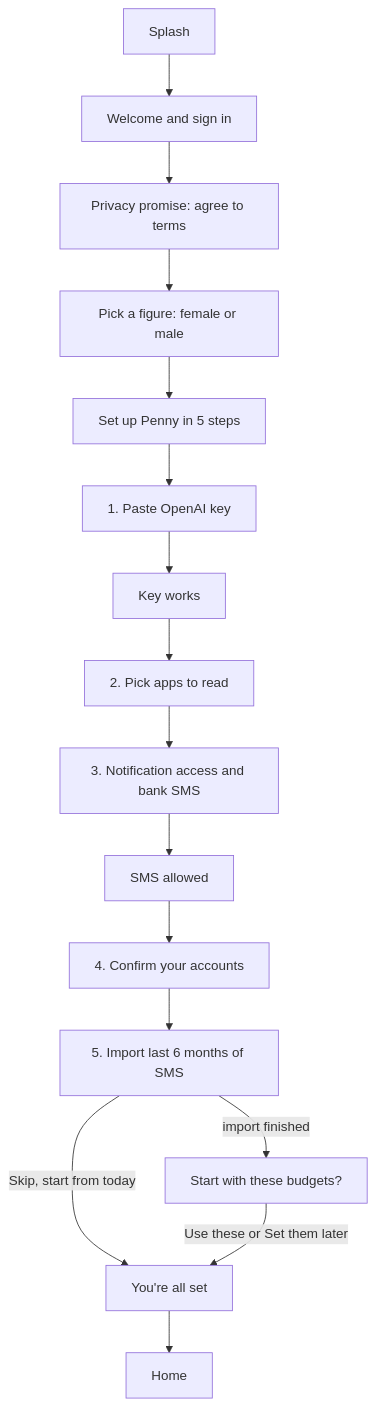
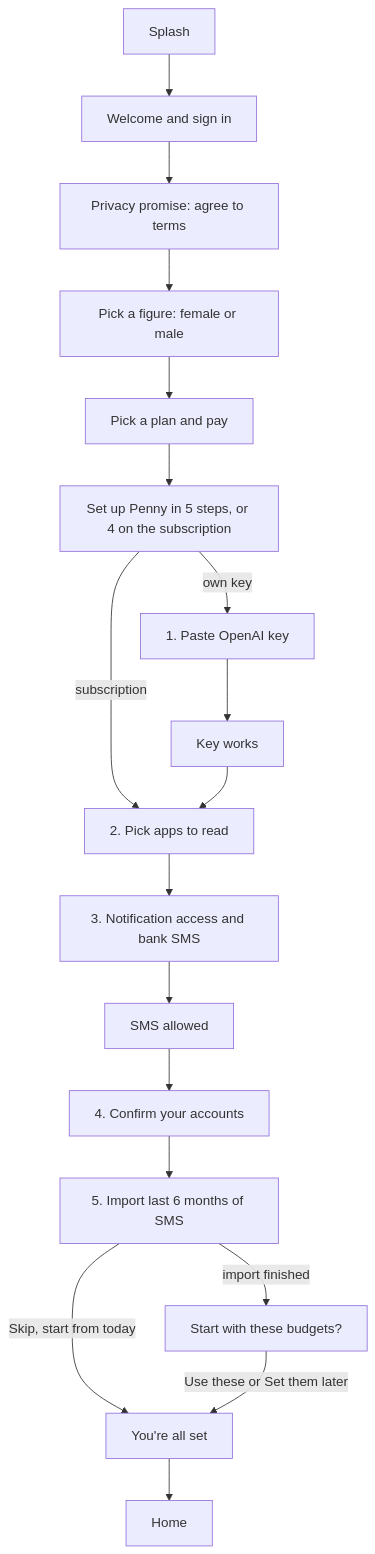
The second of 3 diagrams in docs/user-flows-and-features.md (aritra69/penny), drawn with Mermaid before and after one commit. The commit also changed other lines of this file, not shown here.

Commit message:
docs: add the plan step to the first-launch flow

````diff
--- a/docs/user-flows-and-features.md
+++ b/docs/user-flows-and-features.md
@@ -66,17 +66,19 @@
 ```mermaid
 flowchart TD
     Splash --> Welcome[Welcome and sign in]
     Welcome --> Privacy[Privacy promise: agree to terms]
     Privacy --> Gender[Pick a figure: female or male]
-    Gender --> Steps[Set up Penny in 5 steps]
-    Steps --> Key[1. Paste OpenAI key] --> KeyOk[Key works]
+    Gender --> Plan[Pick a plan and pay]
+    Plan --> Steps[Set up Penny in 5 steps, or 4 on the subscription]
+    Steps -->|own key| Key[1. Paste OpenAI key] --> KeyOk[Key works]
+    Steps -->|subscription| Apps
     KeyOk --> Apps[2. Pick apps to read]
     Apps --> Perms[3. Notification access and bank SMS]
     Perms --> SmsOk[SMS allowed]
     SmsOk --> Accounts[4. Confirm your accounts]
     Accounts --> Import[5. Import last 6 months of SMS]
     Import -->|import finished| Budgets[Start with these budgets?]
     Import -->|Skip, start from today| Done[You're all set]
     Budgets -->|Use these or Set them later| Done
     Done --> Home
 ```
````
